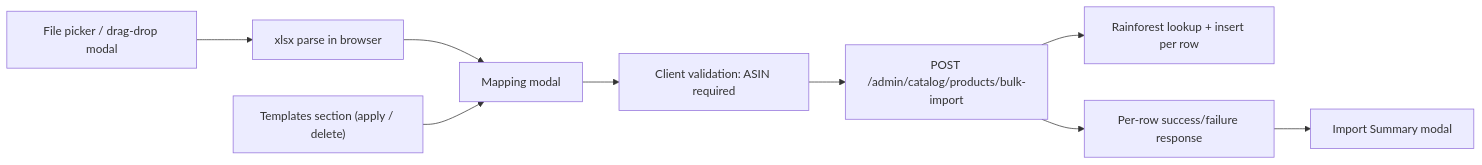
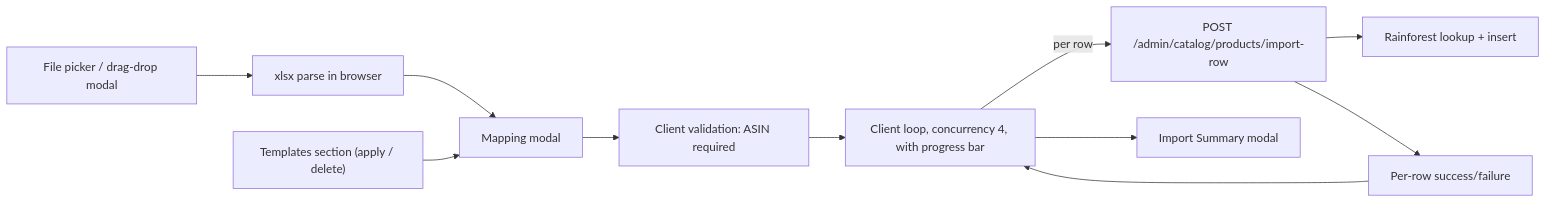
One commit to Simcha-coding-dont-touch-only-backup/voicex_my_small_fixes changed the diagram in .cursor/plans/spreadsheet_product_import_e46dc19d.plan.md. Above: the diagram before and after it, drawn with Mermaid. The commit also changed other lines of this file and 7 other files, not shown here.

````diff
--- a/.cursor/plans/spreadsheet_product_import_e46dc19d.plan.md
+++ b/.cursor/plans/spreadsheet_product_import_e46dc19d.plan.md
@@ -37,11 +39,13 @@
 ```mermaid
 flowchart LR
     upload["File picker / drag-drop modal"] --> parse["xlsx parse in browser"]
     parse --> mapModal["Mapping modal"]
     templates["Templates section (apply / delete)"] --> mapModal
     mapModal --> validate["Client validation: ASIN required"]
-    validate --> bulkApi["POST /admin/catalog/products/bulk-import"]
-    bulkApi --> lookup["Rainforest lookup + insert per row"]
-    bulkApi --> summary["Per-row success/failure response"]
-    summary --> summaryModal["Import Summary modal"]
+    validate --> loop["Client loop, concurrency 4, with progress bar"]
+    loop -->|"per row"| rowApi["POST /admin/catalog/products/import-row"]
+    rowApi --> lookup["Rainforest lookup + insert"]
+    rowApi --> result["Per-row success/failure"]
+    result --> loop
+    loop --> summaryModal["Import Summary modal"]
 ```
````
